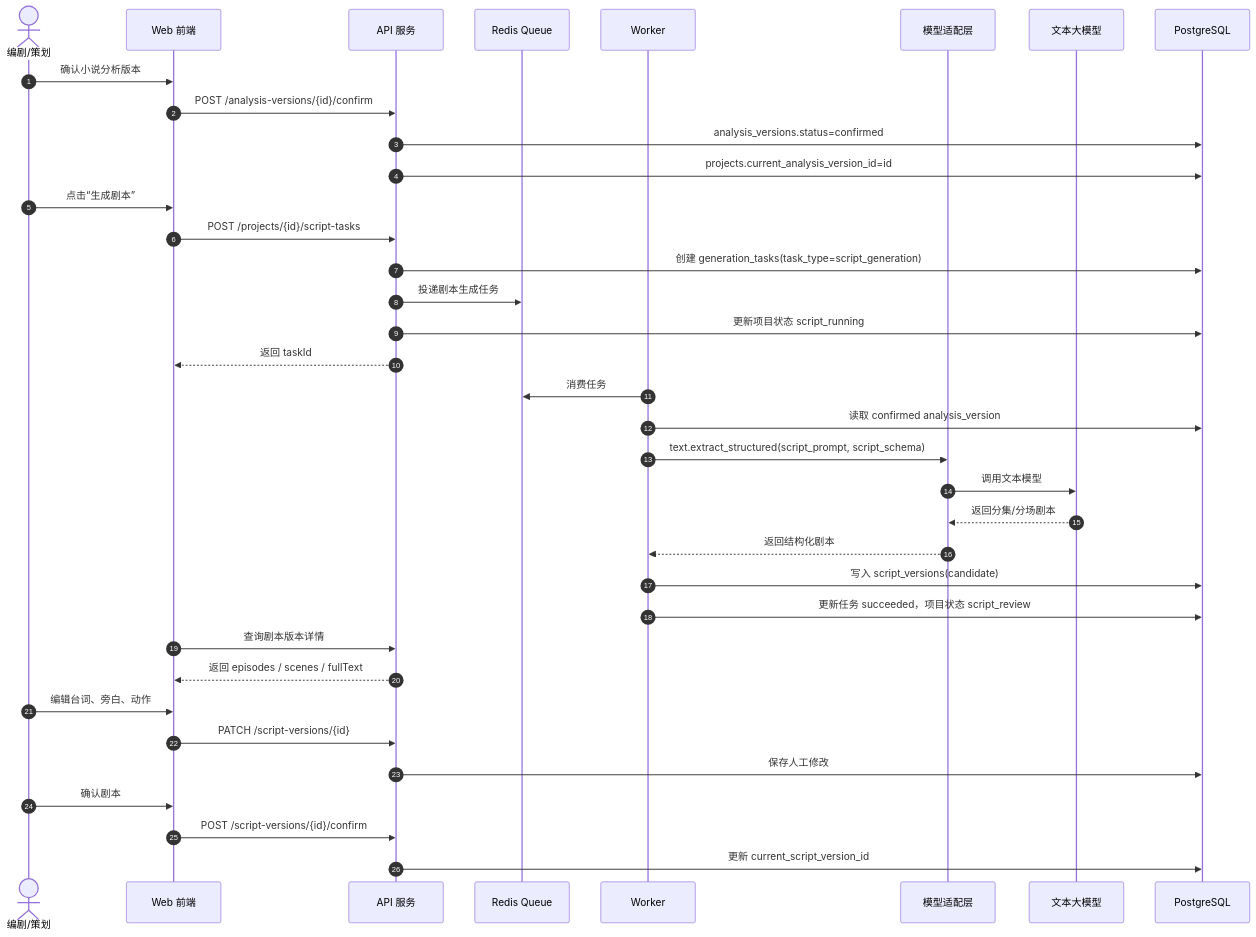
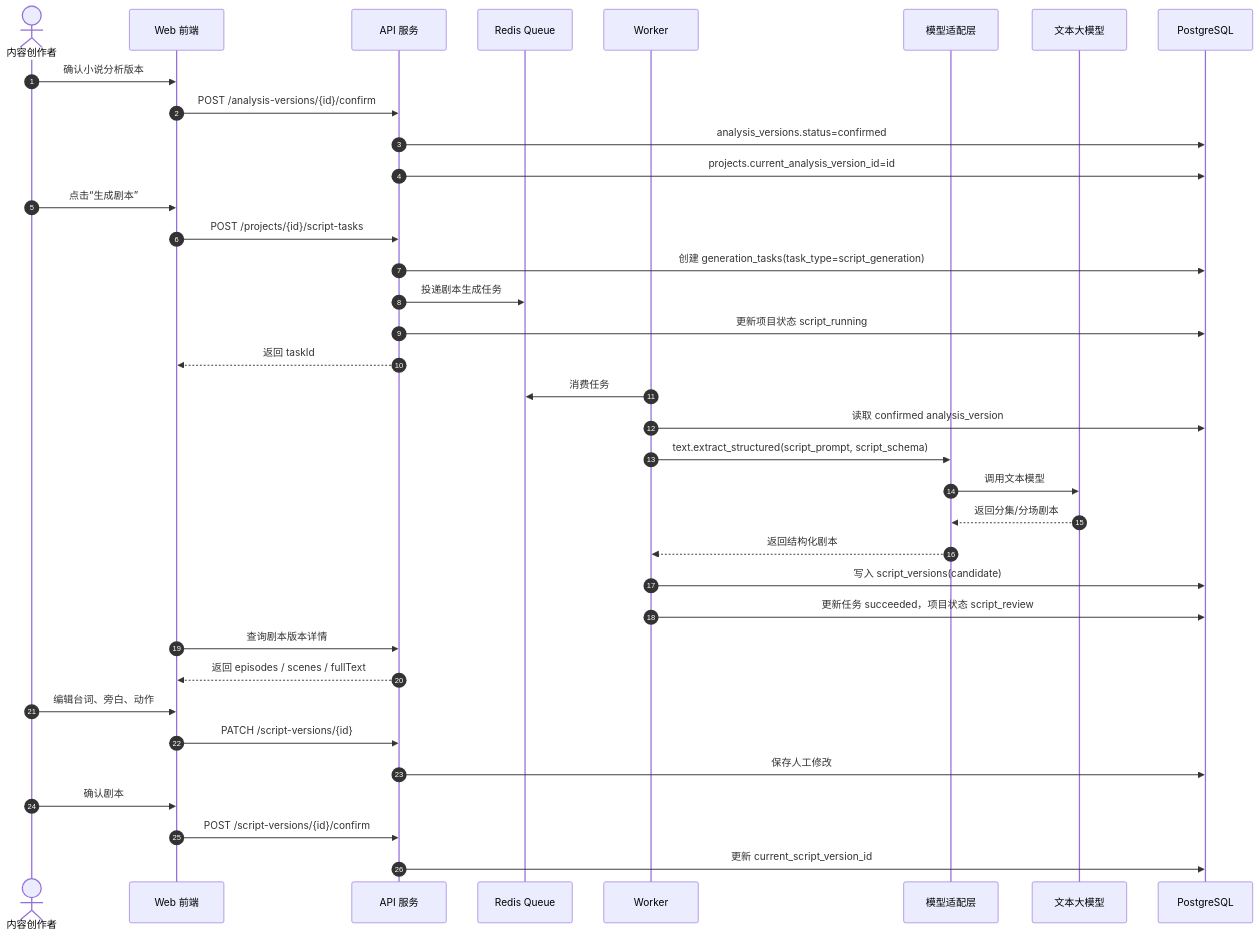
One commit to pleasureswx123/cine-forge changed diagram 15 of 21 in docs/10-C4模型流程图架构图时序图.md. Above: the diagram before and after it, drawn with Mermaid. The commit also changed other lines of this file and 20 other files, not shown here.

````diff
--- a/docs/10-C4模型流程图架构图时序图.md
+++ b/docs/10-C4模型流程图架构图时序图.md
@@ -575,42 +573,42 @@
 ```mermaid
 sequenceDiagram
     autonumber
-    actor User as 编剧/策划
+    actor User as 内容创作者
     participant Web as Web 前端
     participant API as API 服务
     participant Queue as Redis Queue
     participant Worker as Worker
     participant Adapter as 模型适配层
     participant LLM as 文本大模型
     participant DB as PostgreSQL
 
     User->>Web: 确认小说分析版本
     Web->>API: POST /analysis-versions/{id}/confirm
     API->>DB: analysis_versions.status=confirmed
     API->>DB: projects.current_analysis_version_id=id
 
     User->>Web: 点击“生成剧本”
     Web->>API: POST /projects/{id}/script-tasks
     API->>DB: 创建 generation_tasks(task_type=script_generation)
     API->>Queue: 投递剧本生成任务
     API->>DB: 更新项目状态 script_running
     API-->>Web: 返回 taskId
 
     Worker->>Queue: 消费任务
     Worker->>DB: 读取 confirmed analysis_version
     Worker->>Adapter: text.extract_structured(script_prompt, script_schema)
     Adapter->>LLM: 调用文本模型
     LLM-->>Adapter: 返回分集/分场剧本
     Adapter-->>Worker: 返回结构化剧本
     Worker->>DB: 写入 script_versions(candidate)
     Worker->>DB: 更新任务 succeeded，项目状态 script_review
 
     Web->>API: 查询剧本版本详情
     API-->>Web: 返回 episodes / scenes / fullText
     User->>Web: 编辑台词、旁白、动作
     Web->>API: PATCH /script-versions/{id}
     API->>DB: 保存人工修改
     User->>Web: 确认剧本
     Web->>API: POST /script-versions/{id}/confirm
     API->>DB: 更新 current_script_version_id
 ```
````
